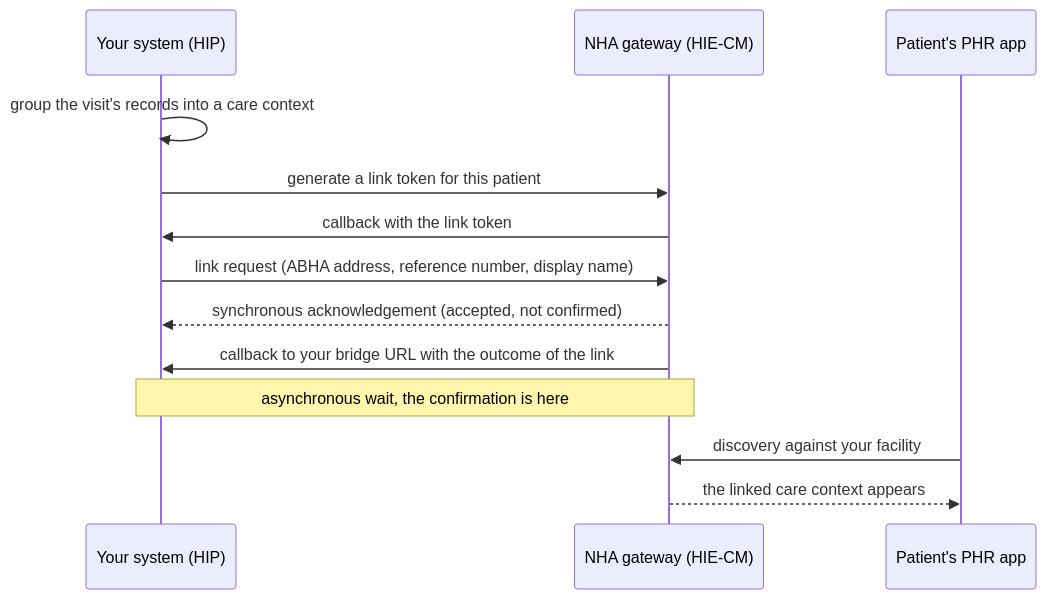
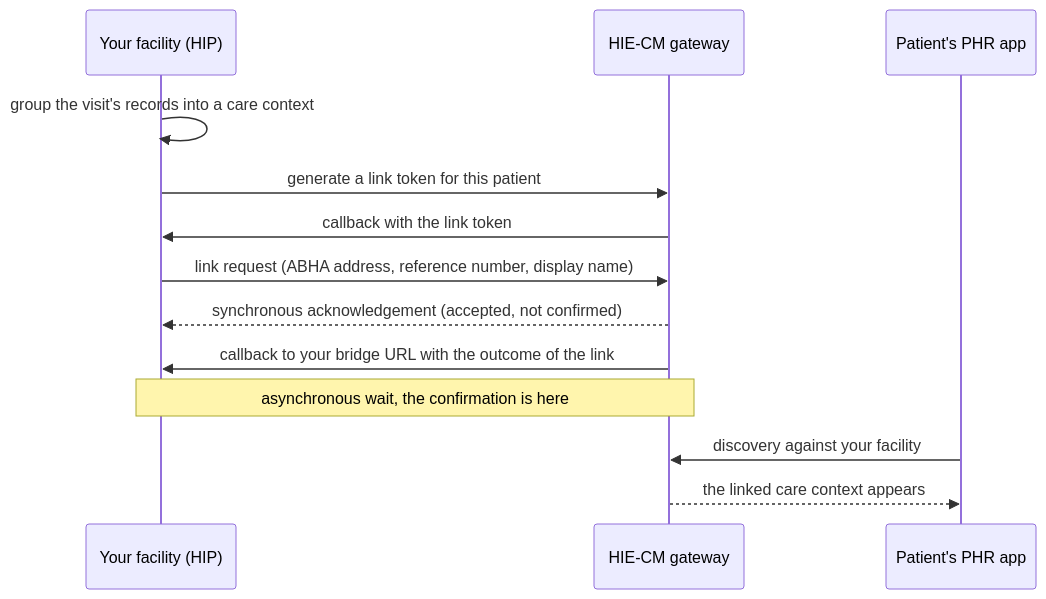
The diagram in catalogue/hiecm/flows/m2-link-care-context.md (nha-in/docs), drawn with Mermaid before and after one commit. The commit also changed other lines of this file and 56 other files, not shown here.

````diff
--- a/catalogue/hiecm/flows/m2-link-care-context.md
+++ b/catalogue/hiecm/flows/m2-link-care-context.md
@@ -74,15 +82,15 @@
 ```mermaid
 sequenceDiagram
-    participant HIP as Your system (HIP)
-    participant GW as NHA gateway (HIE-CM)
+    participant HIP as Your facility (HIP)
+    participant GW as HIE-CM gateway
     participant PHR as Patient's PHR app
     HIP->>HIP: group the visit's records into a care context
     HIP->>GW: generate a link token for this patient
     GW->>HIP: callback with the link token
     HIP->>GW: link request (ABHA address, reference number, display name)
     GW-->>HIP: synchronous acknowledgement (accepted, not confirmed)
     GW->>HIP: callback to your bridge URL with the outcome of the link
     Note over HIP,GW: asynchronous wait, the confirmation is here
     PHR->>GW: discovery against your facility
     GW-->>PHR: the linked care context appears
 ```
````
